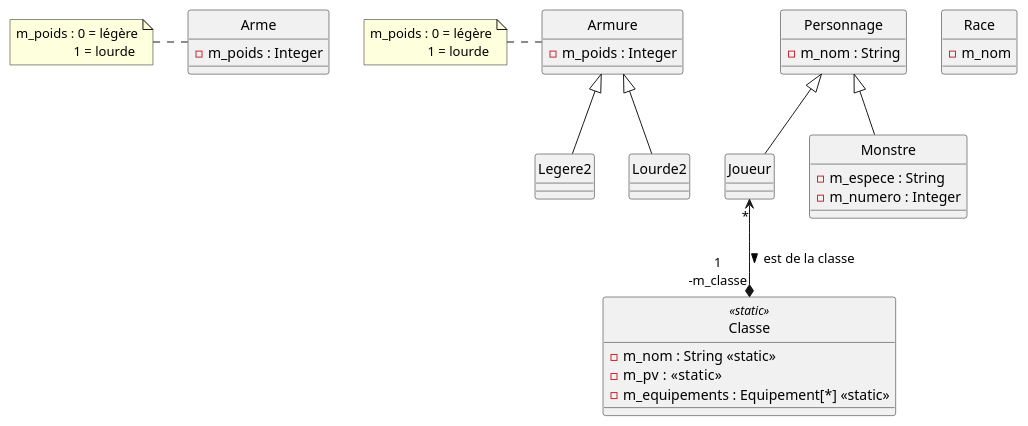
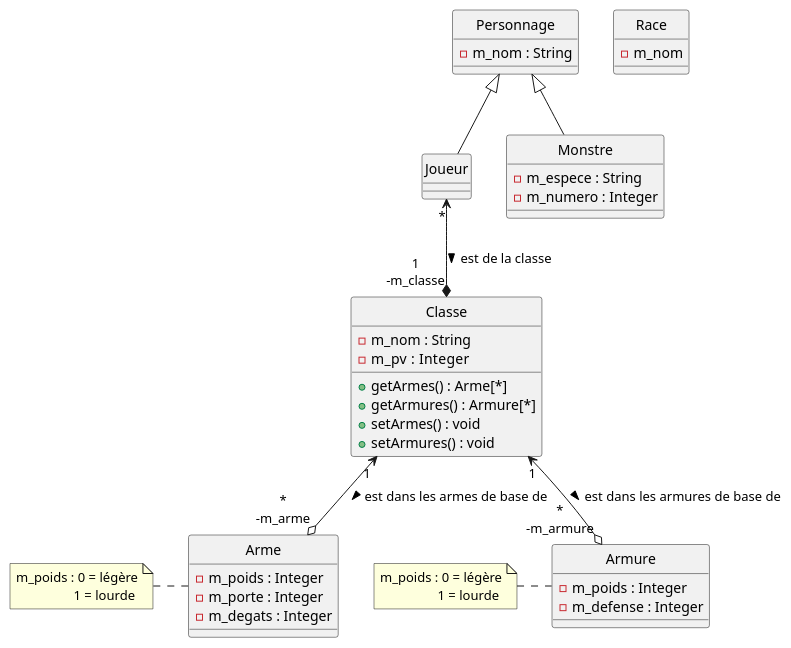
One commit to AbdullahPro2/DOOnjon-Dragon changed the diagram in uml/DetD.puml. Above: the diagram before and after it, drawn with PlantUML.

Commit message:
reparartion erreur de conception

```diff
--- a/uml/DetD.puml
+++ b/uml/DetD.puml
@@ -1,53 +1,59 @@
 @startuml
 'https://plantuml.com/class-diagram
 skinparam style strictuml
 
 class Arme{
     -m_poids : Integer
+    -m_porte : Integer
+    -m_degats : Integer
 }
 
 note left of Arme
 m_poids : 0 = légère
                  1 = lourde
 end note
 
 class Armure{
     -m_poids : Integer
+    -m_defense : Integer
 }
 
 note left of Armure
 m_poids : 0 = légère
                  1 = lourde
 end note
 
 class Personnage{
     -m_nom : String
 }
 
 class Joueur{
 
 }
 
 class Monstre {
     -m_espece : String
     -m_numero : Integer
 
 }
 
-class Classe <<static>>{
-    -m_nom : String <<static>>
-    -m_pv :  <<static>>
-    -m_equipements : Equipement[*] <<static>>
+class Classe {
+    -m_nom : String
+    -m_pv :  Integer
+    +getArmes() : Arme[*]
+    +getArmures() : Armure[*]
+    +setArmes() : void
+    +setArmures() : void
 }
 
 class Race{
     -m_nom
 }
 
-Armure <|-- Legere2
-Armure <|-- Lourde2
 Personnage <|-- Joueur
 Personnage <|-- Monstre
 Joueur "*" <--* "1\n-m_classe" Classe :  est de la classe >
+Classe "1" <--o "*\n-m_arme" Arme :  est dans les armes de base de >
+Classe "1" <--o "*\n-m_armure" Armure :  est dans les armures de base de >
 
 @enduml
```
